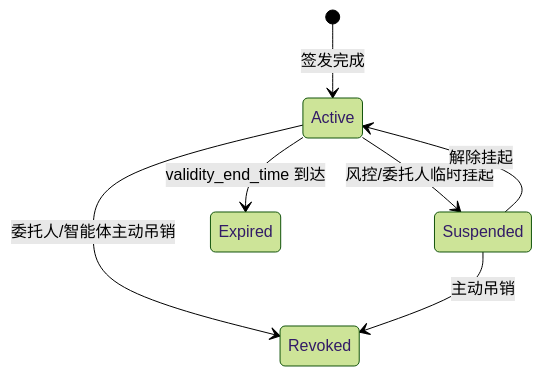
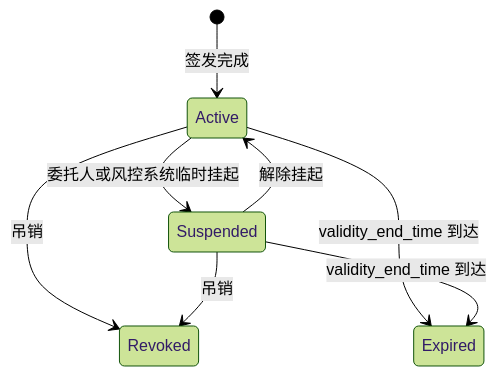
One commit to antgroup/ACT changed the diagram in specs/add/spec.md. Above: the diagram before and after it, drawn with Mermaid (forest theme). The commit also changed other lines of this file and 8 other files, not shown here.

Commit message:
feat：校准协议命名和补充schema和example

````diff
--- a/specs/add/spec.md
+++ b/specs/add/spec.md
@@ -317,9 +491,10 @@
 ```mermaid
 stateDiagram-v2
     [*] --> Active: 签发完成
-    Active --> Suspended: 风控/委托人临时挂起
+    Active --> Suspended: 委托人或风控系统临时挂起
     Suspended --> Active: 解除挂起
     Active --> Expired: validity_end_time 到达
-    Active --> Revoked: 委托人/智能体主动吊销
-    Suspended --> Revoked: 主动吊销
+    Active --> Revoked: 吊销
+    Suspended --> Revoked: 吊销
+    Suspended --> Expired: validity_end_time 到达
 ```
````
